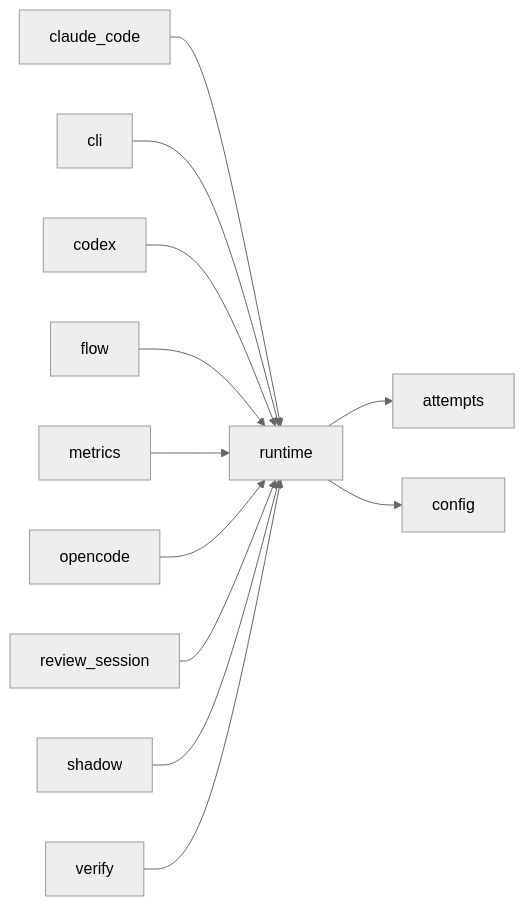
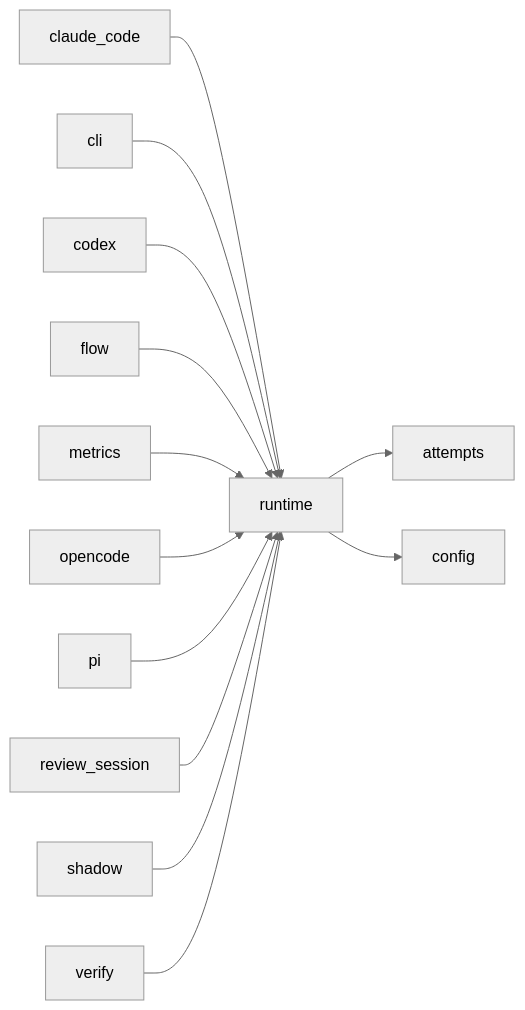
One commit to plaplanche/ariane changed the third of 3 diagrams in docs/architecture/modules/runtime.md. Above: the diagram before and after it, drawn with Mermaid (neutral theme). The commit also changed other lines of this file and 27 other files, not shown here.

````diff
--- a/docs/architecture/modules/runtime.md
+++ b/docs/architecture/modules/runtime.md
@@ -84,14 +84,15 @@
 ```mermaid
 flowchart LR
   claude_code --> runtime
   cli --> runtime
   codex --> runtime
   flow --> runtime
   metrics --> runtime
   opencode --> runtime
+  pi --> runtime
   review_session --> runtime
   runtime --> attempts
   runtime --> config
   shadow --> runtime
   verify --> runtime
 ```
````
